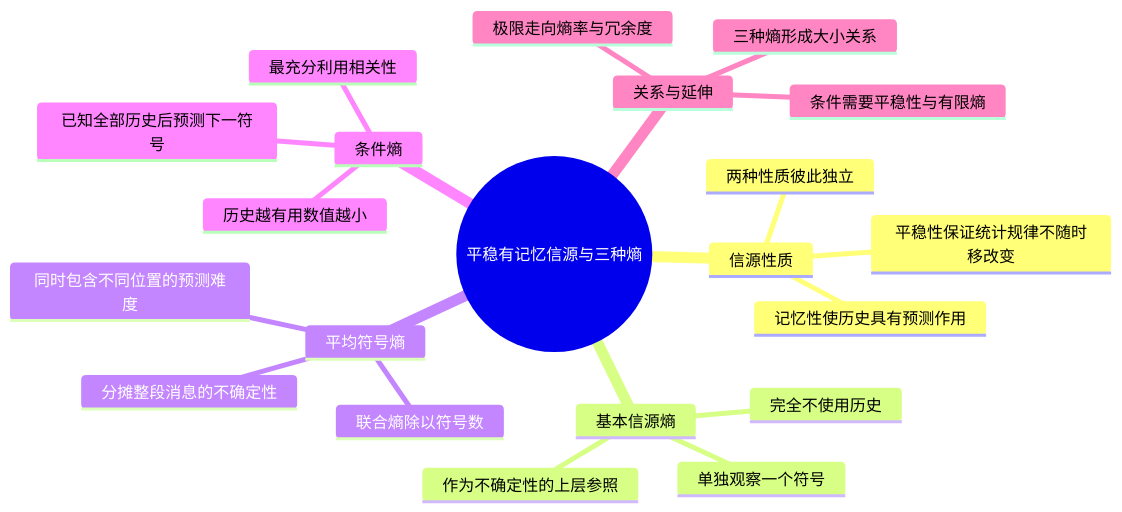
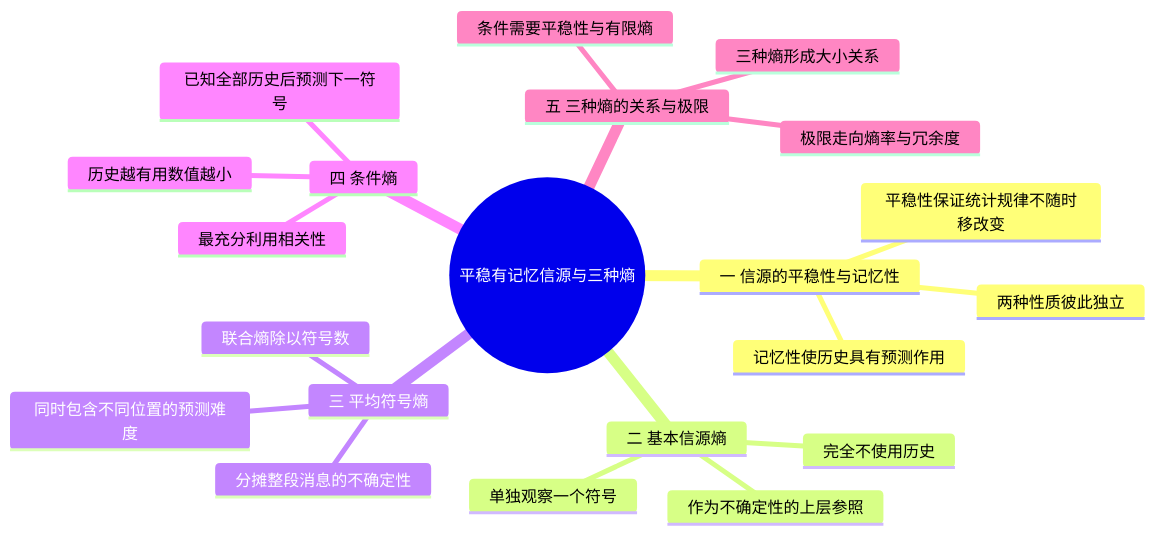
The diagram in 学习/学校课程/信息论基础（2学分）/05 第5课 平稳有记忆信源与三种熵.md (3280441136-lab/My_Obsidian_Notes), drawn with Mermaid before and after one commit. The commit also changed 6 other files, not shown here.

````diff
--- a/学习/学校课程/信息论基础（2学分）/05 第5课 平稳有记忆信源与三种熵.md
+++ b/学习/学校课程/信息论基础（2学分）/05 第5课 平稳有记忆信源与三种熵.md
@@ -5,24 +5,24 @@
 ```mermaid
 mindmap
   root((平稳有记忆信源与三种熵))
-    信源性质
+    一 信源的平稳性与记忆性
       平稳性保证统计规律不随时移改变
       记忆性使历史具有预测作用
       两种性质彼此独立
-    基本信源熵
+    二 基本信源熵
       单独观察一个符号
       完全不使用历史
       作为不确定性的上层参照
-    平均符号熵
+    三 平均符号熵
       联合熵除以符号数
       分摊整段消息的不确定性
       同时包含不同位置的预测难度
-    条件熵
+    四 条件熵
       已知全部历史后预测下一符号
       最充分利用相关性
       历史越有用数值越小
-    关系与延伸
+    五 三种熵的关系与极限
       三种熵形成大小关系
       条件需要平稳性与有限熵
       极限走向熵率与冗余度
 ```
````
